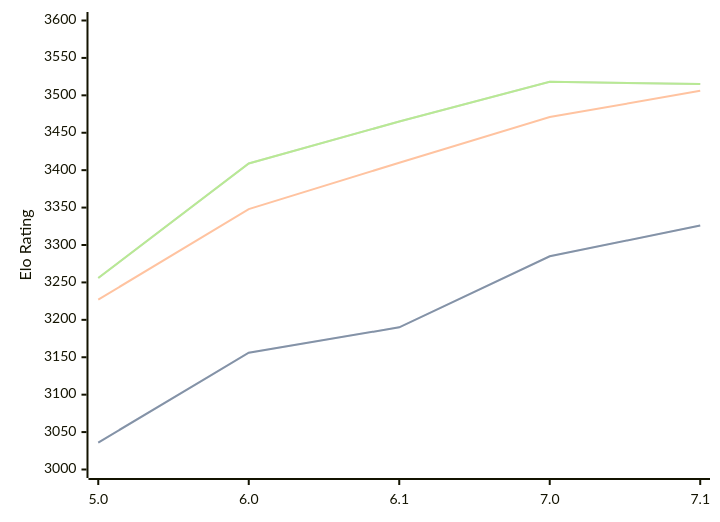
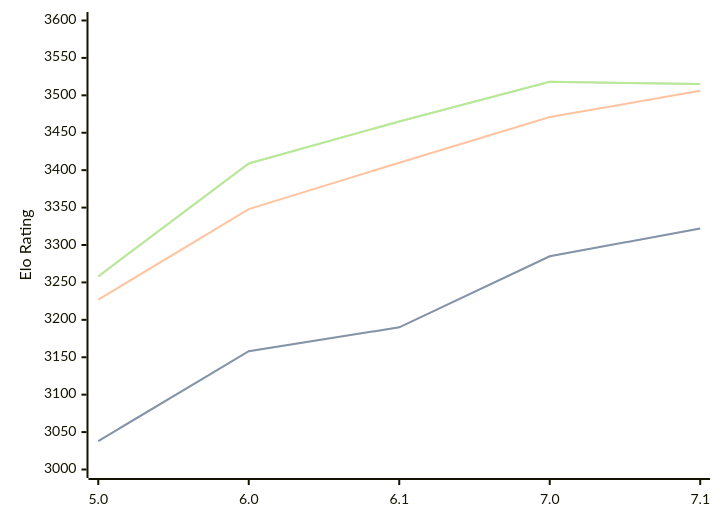
Before and after one commit to computer-chess-index/cci: the first of 3 diagrams in engines/PZChessBot.md, drawn with Mermaid. The commit also changed other lines of this file, not shown here.

Commit message:
Update CCI Ratings (ELO VLTC) - 2026-07-11

````diff
--- a/engines/PZChessBot.md
+++ b/engines/PZChessBot.md
@@ -44,11 +44,11 @@
 ```mermaid
 %%{init: {"theme":"base","themeVariables":{"seriesColors:['#a3a3a3','#222221','#faa371']}}}%%
 xychart-beta
   x-axis ["5.0", "6.0", "6.1", "7.0", "7.1"]
   y-axis "Elo Rating" 3000 --> 3600
-  line "STC (8.0+0.08s)" [3036, 3156, 3190, 3285, 3326]
-  line "STC (8.0+0.08s)" [3036, 3156, 3190, 3285, 3326]
+  line "STC (8.0+0.08s)" [3038, 3158, 3190, 3285, 3322]
+  line "STC (8.0+0.08s)" [3038, 3158, 3190, 3285, 3322]
   line "LTC (60.0+0.60s)" [3227, 3348, 3410, 3471, 3506]
-  line "VLTC (2m24s+1.12s)" [3256, 3409, 3465, 3518, 3515]
-  line "VLTC (2m24s+1.12s)" [3256, 3409, 3465, 3518, 3515]
+  line "VLTC (2m24s+1.12s)" [3258, 3409, 3465, 3518, 3515]
+  line "VLTC (2m24s+1.12s)" [3258, 3409, 3465, 3518, 3515]
 ```
````
